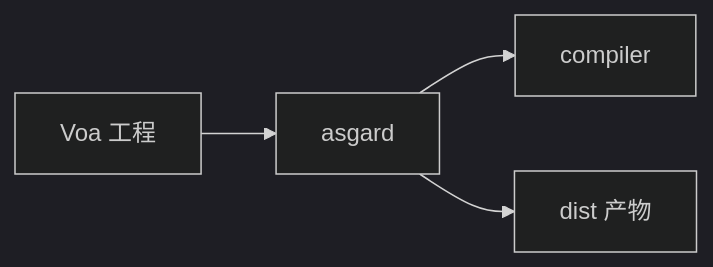
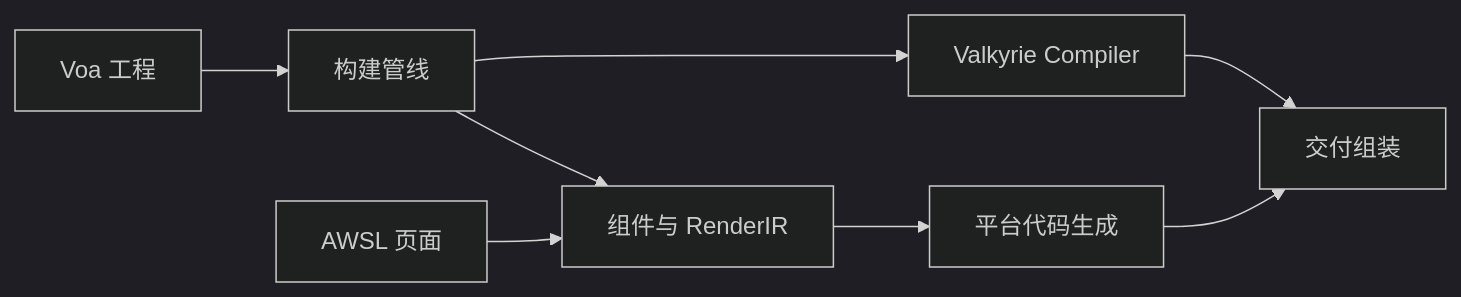
One commit to nyar-vm/nyar-vm changed the diagram in projects/nyar.rs/languages/rusty-valkyrie/src/asgard/readme.md. Above: the diagram before and after it, drawn with Mermaid (dark theme). The commit also changed other lines of this file and 33 other files, not shown here.

````diff
--- a/projects/nyar.rs/languages/rusty-valkyrie/src/asgard/readme.md
+++ b/projects/nyar.rs/languages/rusty-valkyrie/src/asgard/readme.md
@@ -9,11 +5,10 @@
 ```mermaid
 flowchart LR
-  voa[Voa 工程]
-  asgard[asgard]
-  compiler[compiler]
-  dist[dist 产物]
-
-  voa --> asgard
-  asgard --> compiler
-  asgard --> dist
+  project[Voa 工程] --> pipeline[构建管线]
+  pages[AWSL 页面] --> render[组件与 RenderIR]
+  pipeline --> render
+  pipeline --> compiler[Valkyrie Compiler]
+  render --> codegen[平台代码生成]
+  compiler --> delivery[交付组装]
+  codegen --> delivery
 ```
````
